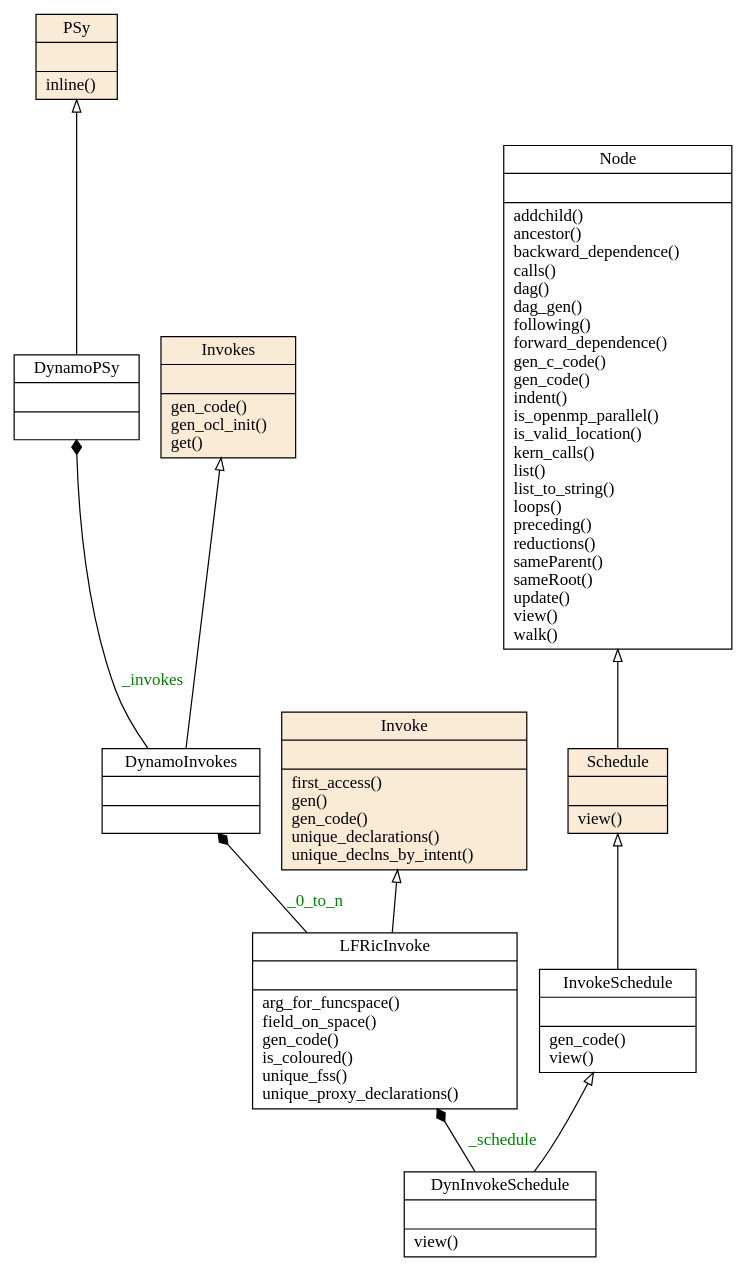
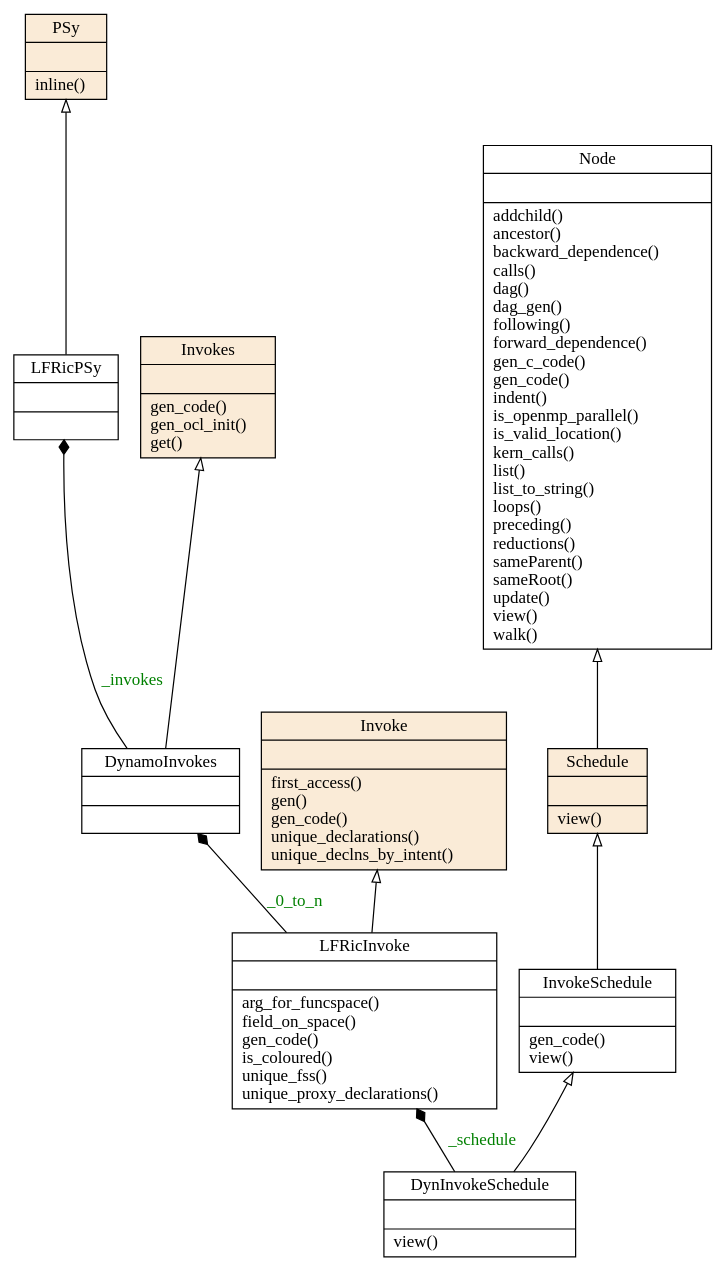
The diagram in doc/user_guide/dynamo0p3_topclasses.dot (stfc/PSyclone), drawn with Graphviz before and after one commit. The commit also changed 10 other files, not shown here.

Commit message:
#2461 Renamed DynamoPSy to LFRicPSy

```diff
--- a/doc/user_guide/dynamo0p3_topclasses.dot
+++ b/doc/user_guide/dynamo0p3_topclasses.dot
@@ -1,26 +1,26 @@
 digraph "classes_dynamo0p3" {
 charset="utf-8"
 rankdir=BT
 
 "20" [label="{LFRicInvoke|\l|arg_for_funcspace()\lfield_on_space()\lgen_code()\lis_coloured()\lunique_fss()\lunique_proxy_declarations()\l}", shape="record"];
 "21" [label="{DynInvokeSchedule|\l|view()\l}", shape="record"];
 "35" [label="{DynamoInvokes|\l|}", shape="record"];
-"36" [label="{DynamoPSy|\l|}", shape="record"];
+"36" [label="{LFRicPSy|\l|}", shape="record"];
 "45" [label="{Invoke|\l|first_access()\lgen()\lgen_code()\lunique_declarations()\lunique_declns_by_intent()\l}", shape="record", style=filled, fillcolor="antiquewhite"];
 "46" [label="{InvokeSchedule|\l|gen_code()\lview()\l}", shape="record"];
 "47" [label="{Invokes|\l|gen_code()\lgen_ocl_init()\lget()\l}", shape="record", style=filled, fillcolor="antiquewhite"];
 "54" [label="{Node|\l|addchild()\lancestor()\lbackward_dependence()\lcalls()\ldag()\ldag_gen()\lfollowing()\lforward_dependence()\lgen_c_code()\lgen_code()\lindent()\lis_openmp_parallel()\lis_valid_location()\lkern_calls()\llist()\llist_to_string()\lloops()\lpreceding()\lreductions()\lsameParent()\lsameRoot()\lupdate()\lview()\lwalk()\l}", shape="record"];
 "55" [label="{PSy|\l|inline()\l}", shape="record", style=filled, fillcolor="antiquewhite"];
 "56" [label="{Schedule|\l|view()\l}", shape="record", style=filled, fillcolor="antiquewhite"];
 
 "20" -> "45" [arrowhead="empty", arrowtail="none"];
 "20" -> "35" [arrowhead="diamond", arrowtail="none", fontcolor="green", label="_0_to_n", style="solid"];
 "21" -> "46" [arrowhead="empty", arrowtail="none"];
 "21" -> "20" [arrowhead="diamond", arrowtail="none", fontcolor="green", label="_schedule", style="solid"];
 "35" -> "47" [arrowhead="empty", arrowtail="none"];
 "35" -> "36" [arrowhead="diamond", arrowtail="none", fontcolor="green", label="_invokes", style="solid"];
 "36" -> "55" [arrowhead="empty", arrowtail="none"];
 "46" -> "56" [arrowhead="empty", arrowtail="none"];
 "56" -> "54" [arrowhead="empty", arrowtail="none"];
 
 }
```
